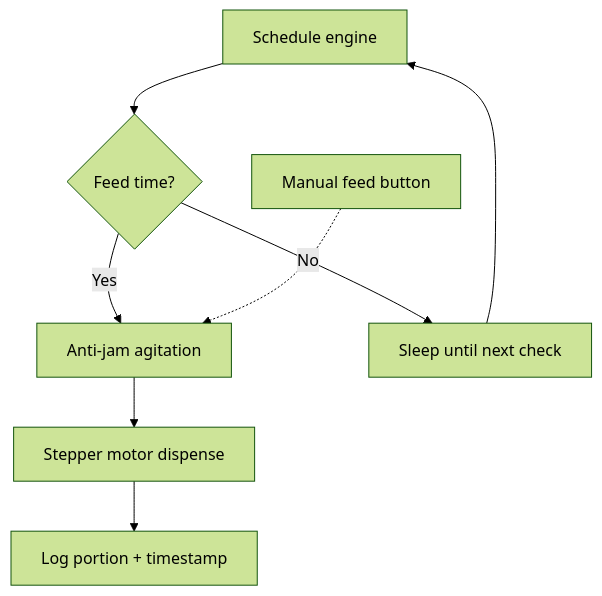
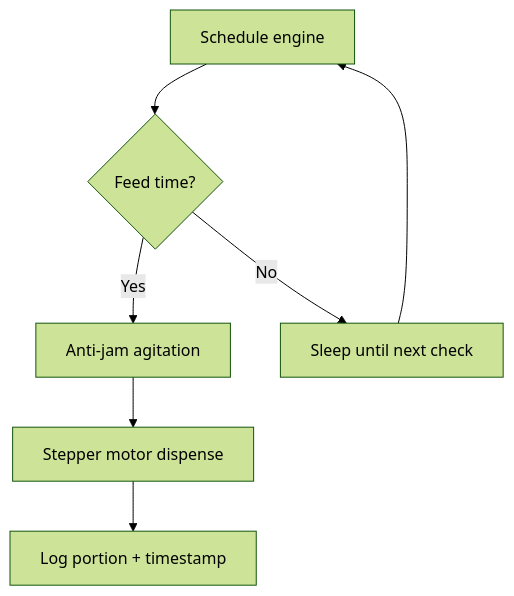
Before and after one commit to Minimalistic/marsh.city: the diagram in src/content/projects/petfeedr.md, drawn with Mermaid (forest theme).

Commit message:
fix: remove manual feed from flowchart to eliminate line crossing
Manual feed is already described in the prose. Diagram now shows
the clean scheduling loop without any crossing lines.

````diff
--- a/src/content/projects/petfeedr.md
+++ b/src/content/projects/petfeedr.md
@@ -38,10 +38,9 @@
 ```mermaid
 flowchart TD
   A[Schedule engine] --> B{Feed time?}
   B -->|Yes| C[Anti-jam agitation]
   B -->|No| F[Sleep until next check]
   F --> A
   C --> D[Stepper motor dispense]
   D --> E[Log portion + timestamp]
-  G[Manual feed button] -.-> C
 ```
````
